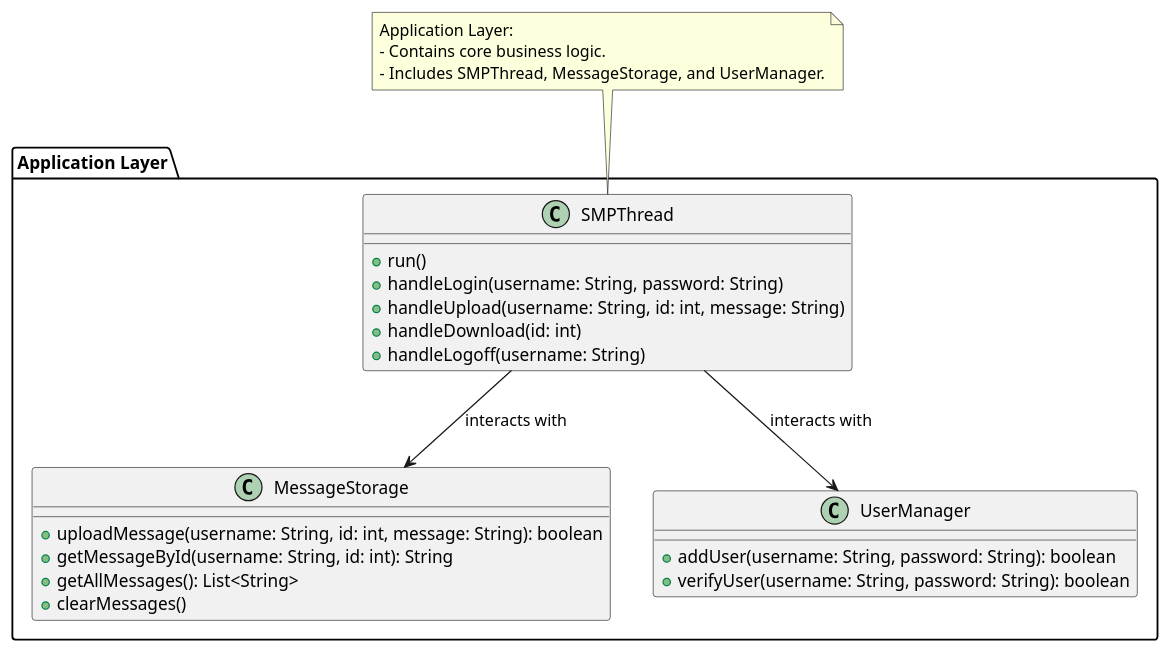
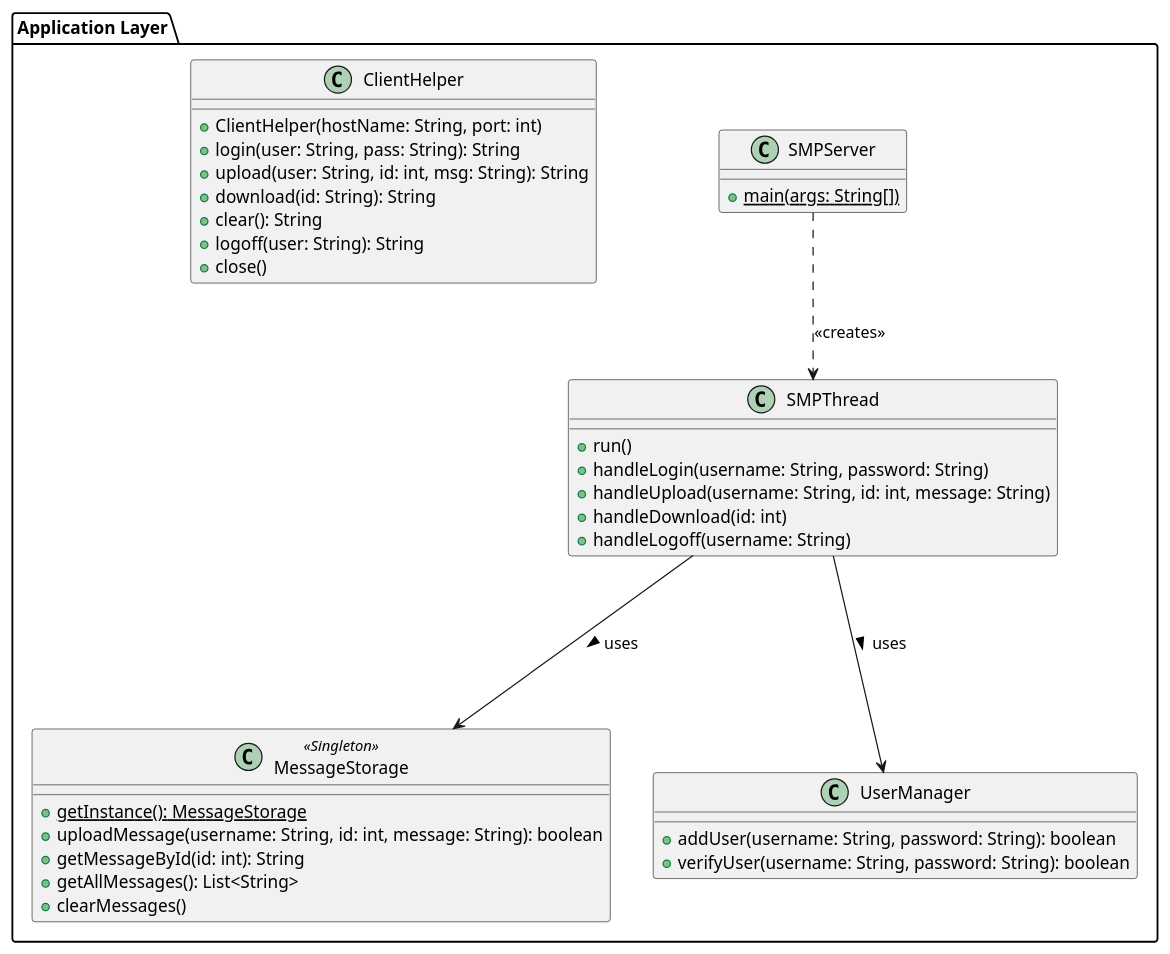
The diagram in Client Server code/SMP_Project/out/production/ApplicationLayer.puml (Billy-Elsbury/DistributedComputingNew), drawn with PlantUML before and after one commit. The commit also changed 10 other files, not shown here.

```diff
--- a/Client Server code/SMP_Project/out/production/ApplicationLayer.puml
+++ b/Client Server code/SMP_Project/out/production/ApplicationLayer.puml
@@ -1,31 +1,54 @@
-@startuml Application_Layer
+@startuml Application_Layer_With_ClientHelper
+
 package "Application Layer" {
-    class SMPThread {
-        +run()
-        +handleLogin(username: String, password: String)
-        +handleUpload(username: String, id: int, message: String)
-        +handleDownload(id: int)
-        +handleLogoff(username: String)
+
+    class SMPServer {
+       + {static} main(args: String[])
+       ' Listens for connections and starts SMPThreads
     }
-    class MessageStorage {
-        +uploadMessage(username: String, id: int, message: String): boolean
-        +getMessageById(username: String, id: int): String
-        +getAllMessages(): List<String>
-        +clearMessages()
+
+   class SMPThread {
+               +run()
+               +handleLogin(username: String, password: String)
+               +handleUpload(username: String, id: int, message: String)
+               +handleDownload(id: int)
+               +handleLogoff(username: String)
+           }
+
+    class MessageStorage <<Singleton>> {
+    ' Added Singleton based on code
+        + {static} getInstance(): MessageStorage
+        + uploadMessage(username: String, id: int, message: String): boolean
+        + getMessageById(id: int): String
+        + getAllMessages(): List<String>
+        + clearMessages()
     }
+
     class UserManager {
-        +addUser(username: String, password: String): boolean
-        +verifyUser(username: String, password: String): boolean
+        + addUser(username: String, password: String): boolean
+        + verifyUser(username: String, password: String): boolean
+        ' + logoff(username: String): void
     }
+
+    class ClientHelper {
+    ' <-- Moved ClientHelper here
+         + ClientHelper(hostName: String, port: int)
+         + login(user: String, pass: String): String
+         + upload(user: String, id: int, msg: String): String
+         + download(id: String): String
+         + clear(): String
+         + logoff(user: String): String
+         + close()
+
+    }
+
+
+    ' --- Relationships within the Application Layer ---
+    SMPServer ..> SMPThread : <<creates>>
+    SMPThread ---> MessageStorage : uses >
+    SMPThread ---> UserManager : uses >
+
+
 }
 
-note top of SMPThread
-  Application Layer:
-  - Contains core business logic.
-  - Includes SMPThread, MessageStorage, and UserManager.
-end note
-
-' Relationships within the Application Layer
-SMPThread --> MessageStorage : interacts with
-SMPThread --> UserManager : interacts with
 @enduml
```
